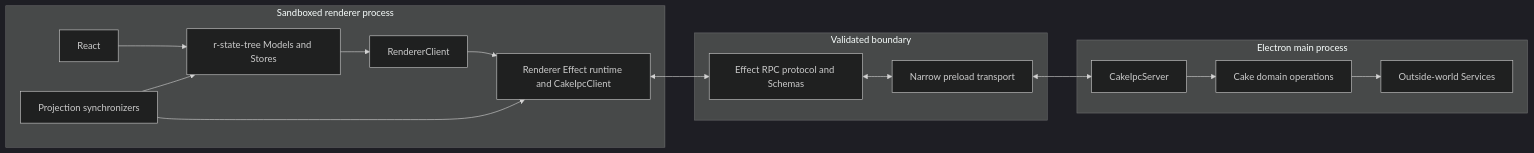
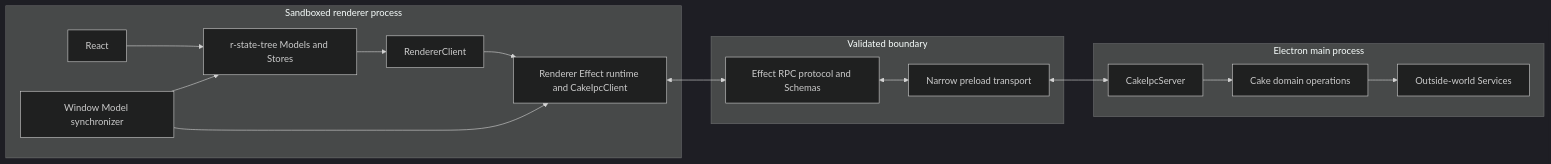
Before and after one commit to melnikov-s/cake: the diagram in docs/architecture/effect-architecture.md, drawn with Mermaid (dark theme). The commit also changed other lines of this file and 90 other files, not shown here.

````diff
--- a/docs/architecture/effect-architecture.md
+++ b/docs/architecture/effect-architecture.md
@@ -15,32 +15,32 @@
 ```mermaid
 flowchart LR
   subgraph Renderer[Sandboxed renderer process]
     React[React]
     StateTree[r-state-tree Models and Stores]
-    Projections[Projection synchronizers]
+    Synchronizer[Window Model synchronizer]
     Client[RendererClient]
     Runtime[Renderer Effect runtime and CakeIpcClient]
     React --> StateTree
     StateTree --> Client
-    Projections --> StateTree
+    Synchronizer --> StateTree
     Client --> Runtime
-    Projections --> Runtime
+    Synchronizer --> Runtime
   end
 
   subgraph Boundary[Validated boundary]
     Protocol[Effect RPC protocol and Schemas]
     Preload[Narrow preload transport]
   end
 
   subgraph Main[Electron main process]
     Server[CakeIpcServer]
     Domain[Cake domain operations]
     Services[Outside-world Services]
     Server --> Domain
     Domain --> Services
   end
 
   Runtime <--> Protocol
   Protocol <--> Preload
   Preload <--> Server
 ```
````
